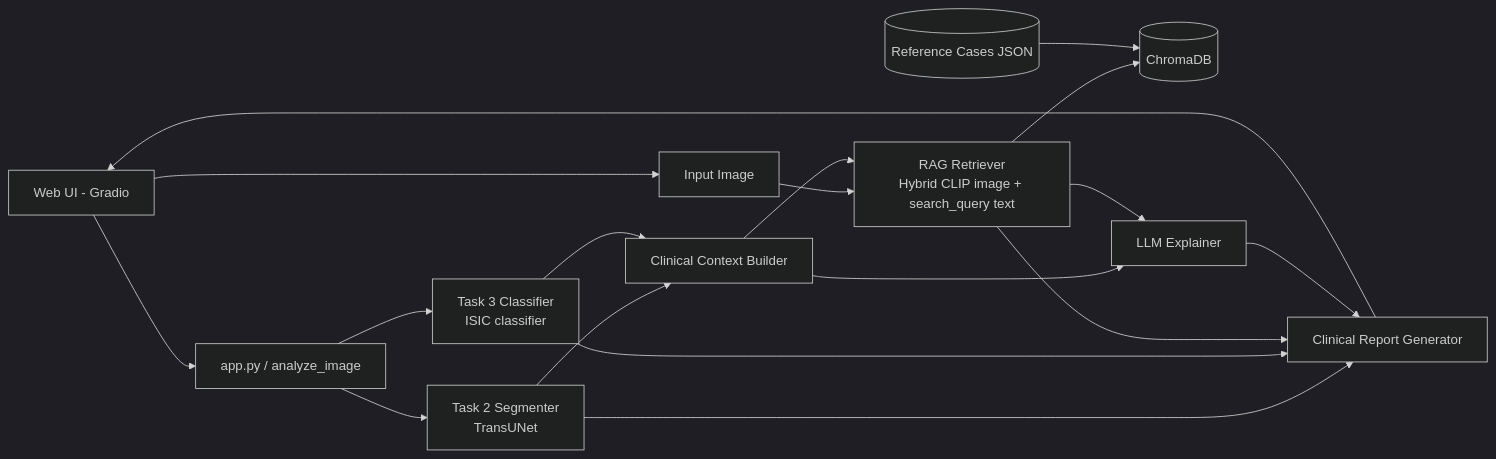
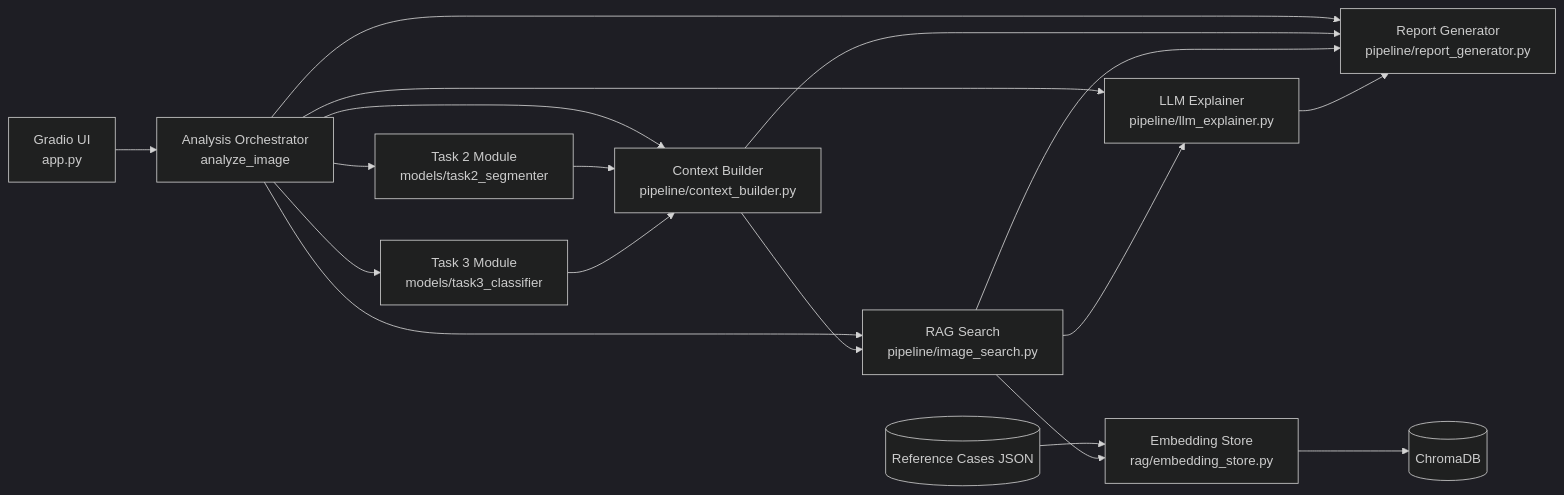
One commit to nhatky160103/Dermai-clinical-assistant-demo changed the first of 2 diagrams in README.md. Above: the diagram before and after it, drawn with Mermaid (dark theme). The commit also changed other lines of this file and 1 other file, not shown here.

Commit message:
refactor: Update flowchart in README for improved clarity and structure

````diff
--- a/README.md
+++ b/README.md
@@ -155,20 +155,22 @@
 ```mermaid
 flowchart LR
-    A[Web UI - Gradio] --> B[app.py / analyze_image]
-    B --> C[Task 2 Segmenter<br/>TransUNet]
-    B --> D[Task 3 Classifier<br/>ISIC classifier]
-    C --> E[Clinical Context Builder]
+    A[Gradio UI<br/>app.py] --> B[Analysis Orchestrator<br/>analyze_image]
+    B --> C[Task 2 Module<br/>models/task2_segmenter]
+    B --> D[Task 3 Module<br/>models/task3_classifier]
+    B --> E[Context Builder<br/>pipeline/context_builder.py]
+    B --> F[RAG Search<br/>pipeline/image_search.py]
+    B --> G[LLM Explainer<br/>pipeline/llm_explainer.py]
+    B --> H[Report Generator<br/>pipeline/report_generator.py]
+
+    C --> E
     D --> E
-    A --> F[Input Image]
-    F --> G[RAG Retriever<br/>Hybrid CLIP image + search_query text]
-    E --> G
-    G --> H[(ChromaDB)]
-    I[(Reference Cases JSON)] --> H
-    E --> J[LLM Explainer]
-    G --> J
-    C --> K[Clinical Report Generator]
-    D --> K
-    G --> K
-    J --> K
-    K --> A
+    E --> F
+    F --> G
+    E --> H
+    F --> H
+    G --> H
+
+    I[(Reference Cases JSON)] --> J[Embedding Store<br/>rag/embedding_store.py]
+    J --> K[(ChromaDB)]
+    F --> J
 ```
````
